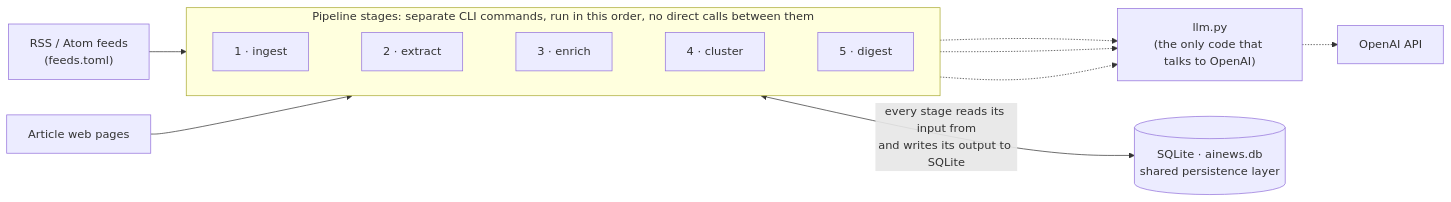
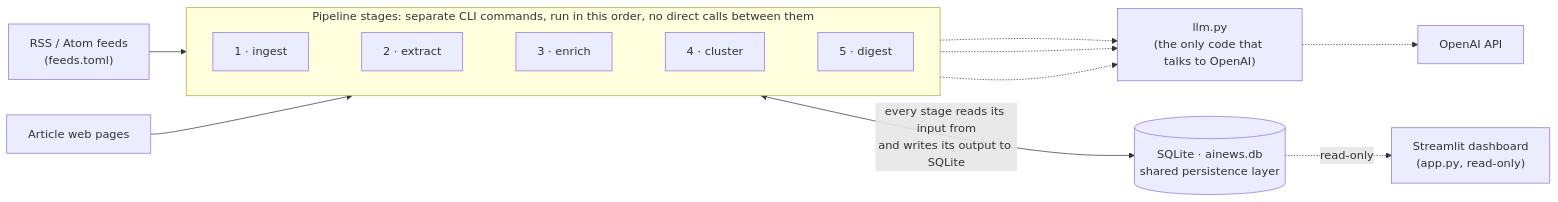
Before and after one commit to notrealjulia/daily-ai-news: the first of 2 diagrams in README.md, drawn with Mermaid. The commit also changed other lines of this file and 8 other files, not shown here.

First line of the commit message:
Add read-only Streamlit dashboard

````diff
--- a/README.md
+++ b/README.md
@@ -9,20 +9,22 @@
 ```mermaid
 flowchart LR
     RSS["RSS / Atom feeds<br/>(feeds.toml)"]
     WEB["Article web pages"]
     OAI["OpenAI API"]
 
     subgraph STAGES["Pipeline stages: separate CLI commands, run in this order, no direct calls between them"]
         direction LR
         ING["1 · ingest"] ~~~ EXT["2 · extract"] ~~~ ENR["3 · enrich"] ~~~ CLU["4 · cluster"] ~~~ DIG["5 · digest"]
     end
 
     LLM["llm.py<br/>(the only code that talks to OpenAI)"]
     DB[("SQLite · ainews.db<br/>shared persistence layer")]
+    UI["Streamlit dashboard<br/>(app.py, read-only)"]
 
     RSS --> ING
     WEB --> EXT
     ENR & CLU & DIG -.-> LLM
     LLM -.-> OAI
     STAGES <-->|"every stage reads its input from<br/>and writes its output to SQLite"| DB
+    DB -.->|"read-only"| UI
 ```
````
